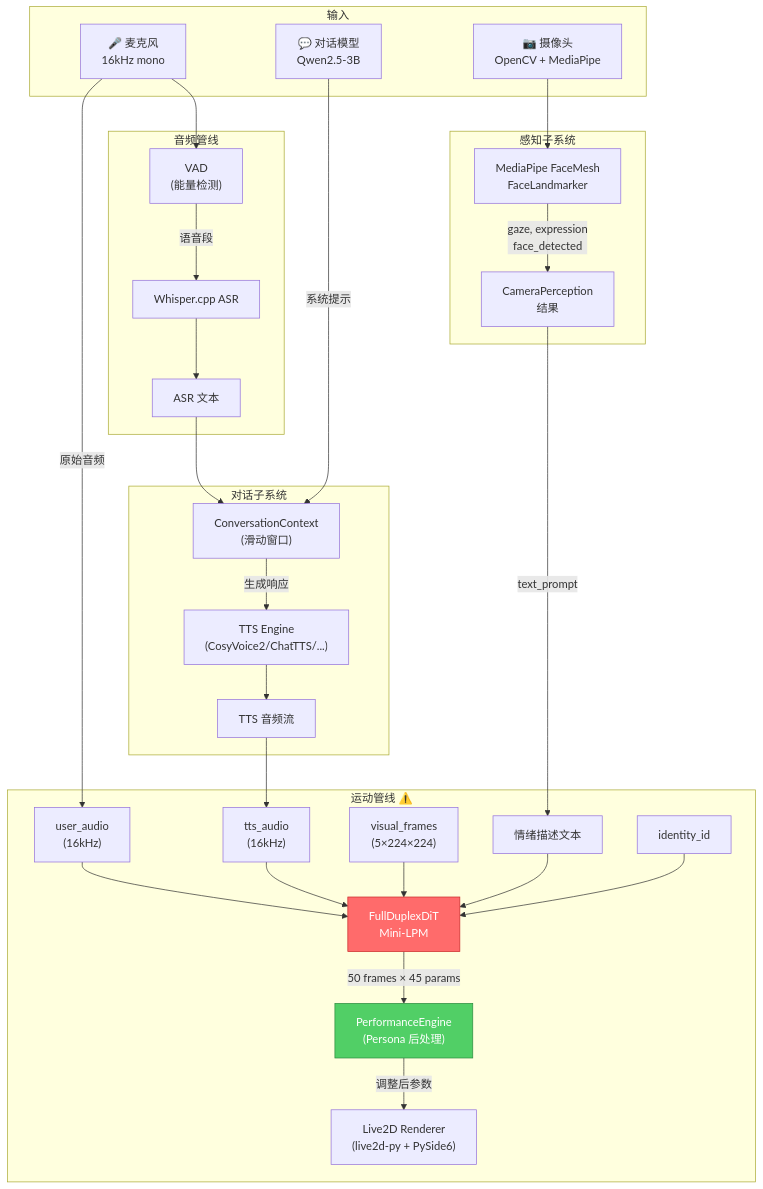
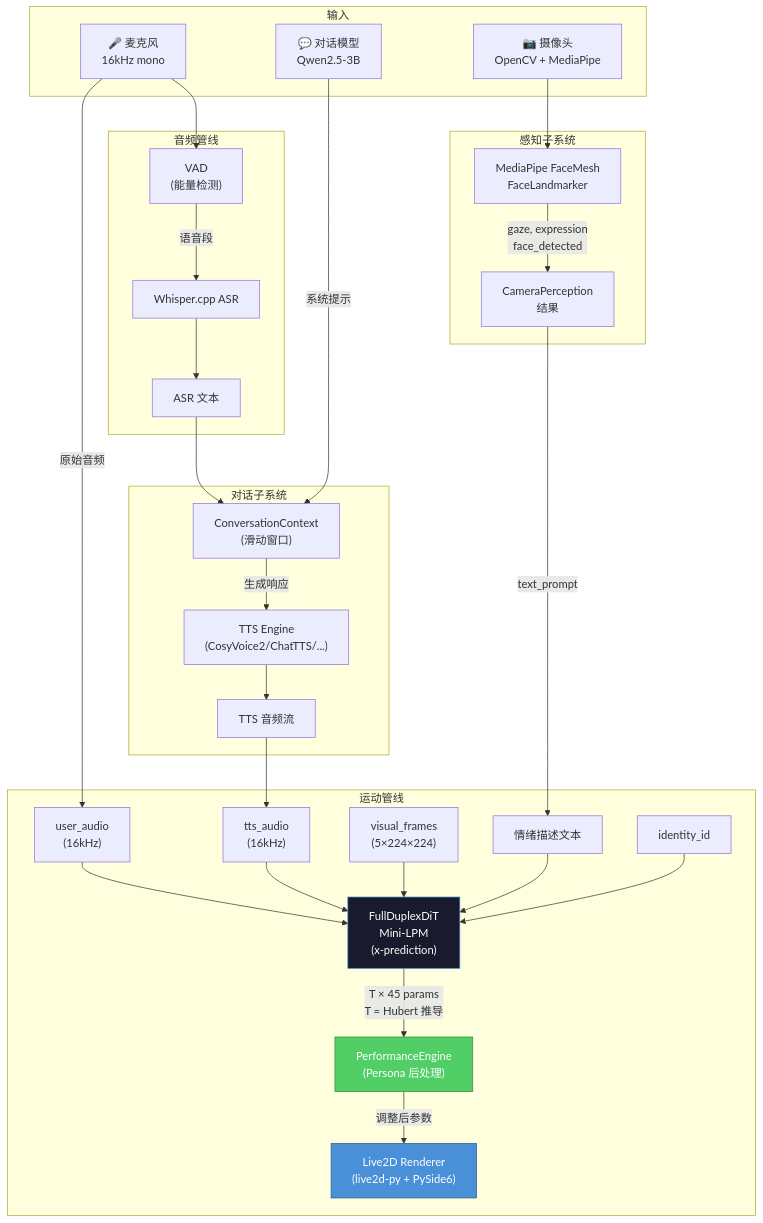
Before and after one commit to AsdfAlex-learning/Amadeus: the first of 11 diagrams in docs/ARCHITECTURE_DIAGRAMS.md, drawn with Mermaid. The commit also changed other lines of this file, not shown here.

````diff
--- a/docs/ARCHITECTURE_DIAGRAMS.md
+++ b/docs/ARCHITECTURE_DIAGRAMS.md
@@ -10,44 +29,45 @@
 ```mermaid
 flowchart TB
     subgraph Input["输入"]
         MIC["🎤 麦克风<br/>16kHz mono"]
         CAM["📷 摄像头<br/>OpenCV + MediaPipe"]
         LLM["💬 对话模型<br/>Qwen2.5-3B"]
     end
 
     subgraph AudioPipeline["音频管线"]
         MIC --> VAD["VAD<br/>(能量检测)"]
         VAD -->|"语音段"| ASR["Whisper.cpp ASR"]
         ASR --> TEXT["ASR 文本"]
     end
 
     subgraph Dialogue["对话子系统"]
         TEXT --> CTX["ConversationContext<br/>(滑动窗口)"]
         LLM -->|"系统提示"| CTX
         CTX -->|"生成响应"| TTS["TTS Engine<br/>(CosyVoice2/ChatTTS/...)"]
         TTS --> TTS_AUDIO["TTS 音频流"]
     end
 
     subgraph Perception["感知子系统"]
         CAM --> FACE["MediaPipe FaceMesh<br/>FaceLandmarker"]
         FACE -->|"gaze, expression<br/>face_detected"| PERCEPT["CameraPerception<br/>结果"]
     end
 
-    subgraph MotionPipeline["运动管线 ⚠️"]
+    subgraph MotionPipeline["运动管线"]
         MIC -->|"原始音频"| USR_AUDIO["user_audio<br/>(16kHz)"]
         TTS_AUDIO --> TTS_AUDIO_BUF["tts_audio<br/>(16kHz)"]
         PERCEPT -->|"text_prompt"| TEXT_PROMPT["情绪描述文本"]
 
-        USR_AUDIO --> DIT["FullDuplexDiT<br/>Mini-LPM"]
+        USR_AUDIO --> DIT["FullDuplexDiT<br/>Mini-LPM<br/>(x-prediction)"]
         TTS_AUDIO_BUF --> DIT
         CAM_FRAMES["visual_frames<br/>(5×224×224)"] --> DIT
         TEXT_PROMPT --> DIT
         CHAR_ID["identity_id"] --> DIT
 
-        DIT -->|"50 frames × 45 params"| PERF["PerformanceEngine<br/>(Persona 后处理)"]
+        DIT -->|"T × 45 params<br/>T = Hubert 推导"| PERF["PerformanceEngine<br/>(Persona 后处理)"]
         PERF -->|"调整后参数"| RENDER["Live2D Renderer<br/>(live2d-py + PySide6)"]
     end
 
-    style DIT fill:#ff6b6b,stroke:#c92a2a,color:#fff
+    style DIT fill:#1a1a2e,stroke:#4a90d9,color:#fff
     style PERF fill:#51cf66,stroke:#2b8a3e,color:#fff
+    style RENDER fill:#4a90d9,stroke:#2b5d8e,color:#fff
 ```
````
